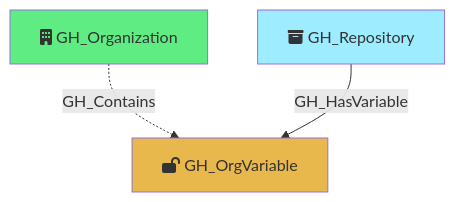
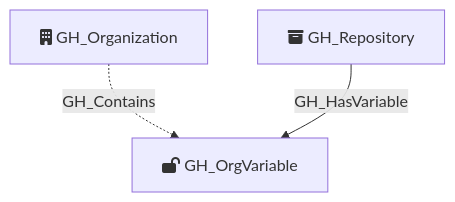
The diagram in Documentation/NodeDescriptions/GH_OrgVariable.md (SpecterOps/GitHound), drawn with Mermaid before and after one commit. The commit also changed 23 other files, not shown here.

Commit message:
rm mermaid box colors

````diff
--- a/Documentation/NodeDescriptions/GH_OrgVariable.md
+++ b/Documentation/NodeDescriptions/GH_OrgVariable.md
@@ -36,13 +36,10 @@
 ```mermaid
 flowchart TD
     GH_OrgVariable[fa:fa-lock-open GH_OrgVariable]
     GH_Organization[fa:fa-building GH_Organization]
     GH_Repository[fa:fa-box-archive GH_Repository]
 
-    style GH_OrgVariable fill:#E8B84D
-    style GH_Organization fill:#5FED83
-    style GH_Repository fill:#9EECFF
 
     GH_Organization -.->|GH_Contains| GH_OrgVariable
     GH_Repository -->|GH_HasVariable| GH_OrgVariable
 ```
````
